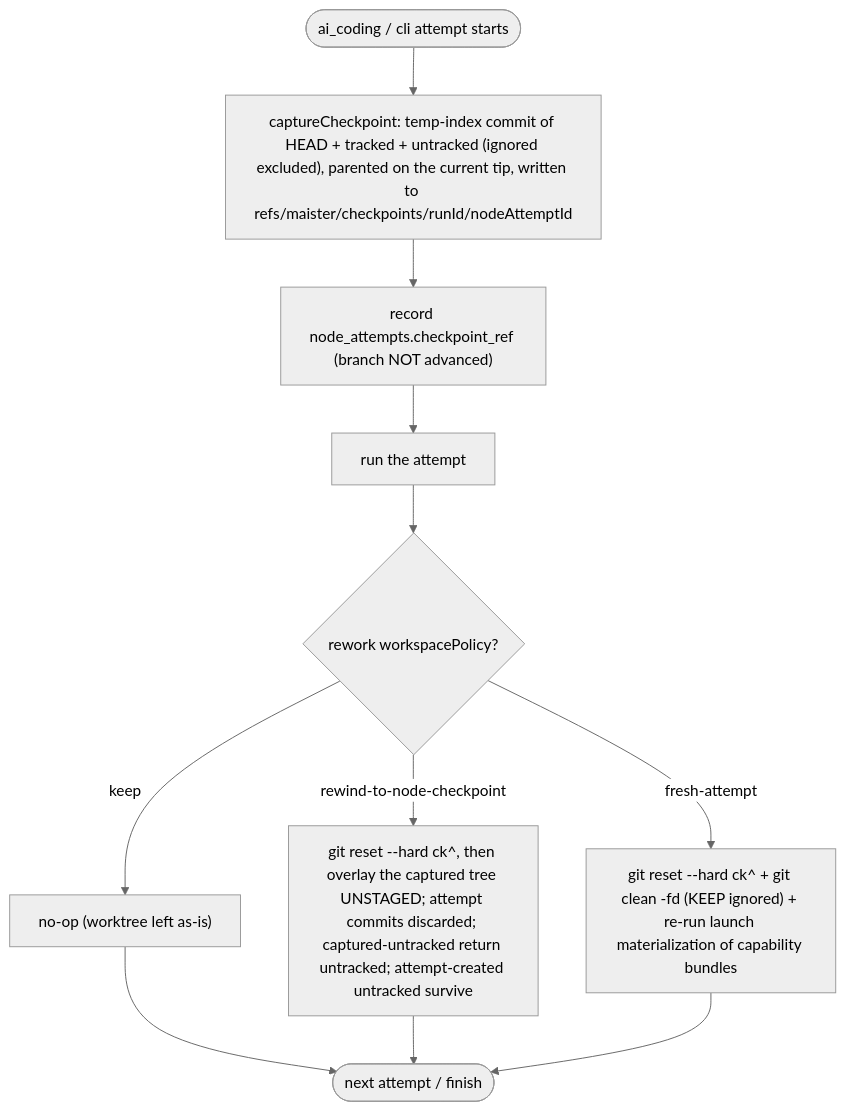
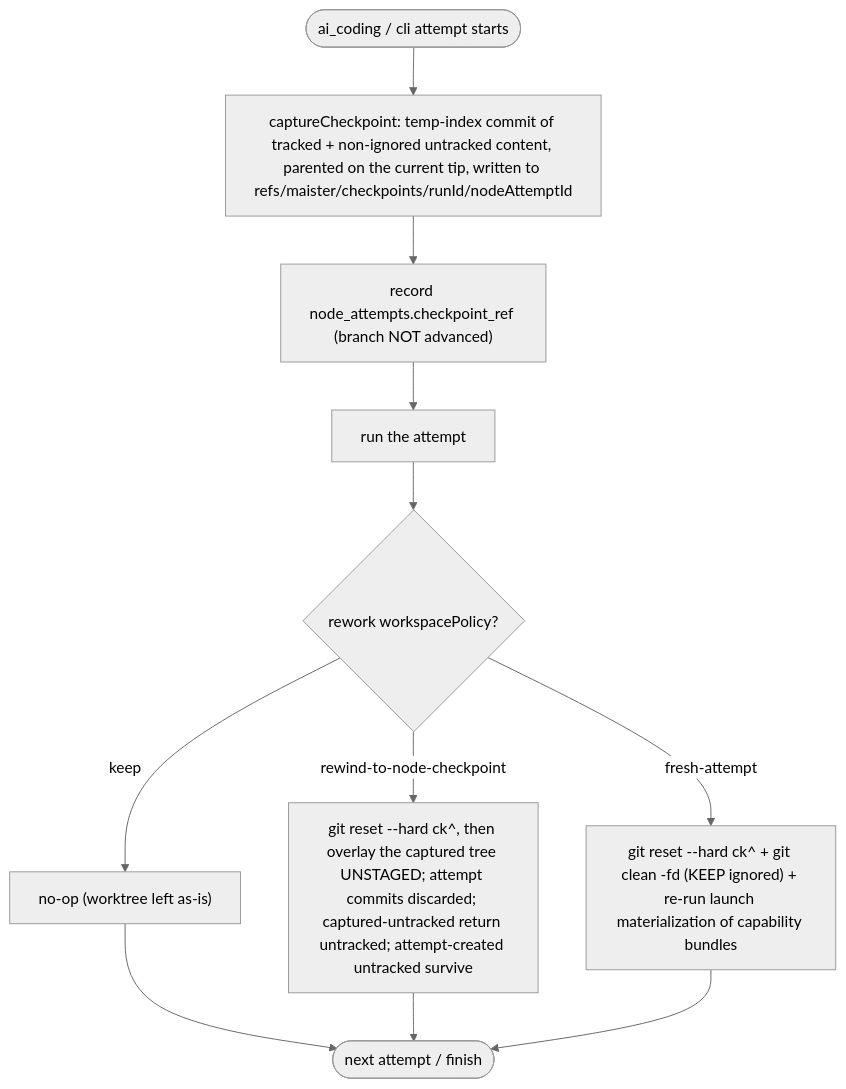
Before and after one commit to maister-dev/maister: the sixth of 8 diagrams in docs/system-analytics/flow-graph.md, drawn with Mermaid (neutral theme). The commit also changed other lines of this file and 59 other files, not shown here.

````diff
--- a/docs/system-analytics/flow-graph.md
+++ b/docs/system-analytics/flow-graph.md
@@ -577,13 +577,13 @@
 ```mermaid
 flowchart TD
-    A(["ai_coding / cli attempt starts"]) --> B["captureCheckpoint: temp-index commit of HEAD + tracked + untracked (ignored excluded), parented on the current tip, written to refs/maister/checkpoints/runId/nodeAttemptId"]
+    A(["ai_coding / cli attempt starts"]) --> B["captureCheckpoint: temp-index commit of tracked + non-ignored untracked content, parented on the current tip, written to refs/maister/checkpoints/runId/nodeAttemptId"]
     B --> C["record node_attempts.checkpoint_ref (branch NOT advanced)"]
     C --> D["run the attempt"]
     D --> E{"rework workspacePolicy?"}
     E -- keep --> F["no-op (worktree left as-is)"]
     E -- "rewind-to-node-checkpoint" --> G["git reset --hard ck^, then overlay the captured tree UNSTAGED; attempt commits discarded; captured-untracked return untracked; attempt-created untracked survive"]
     E -- "fresh-attempt" --> H["git reset --hard ck^ + git clean -fd (KEEP ignored) + re-run launch materialization of capability bundles"]
     F --> I(["next attempt / finish"])
     G --> I
     H --> I
 ```
````
